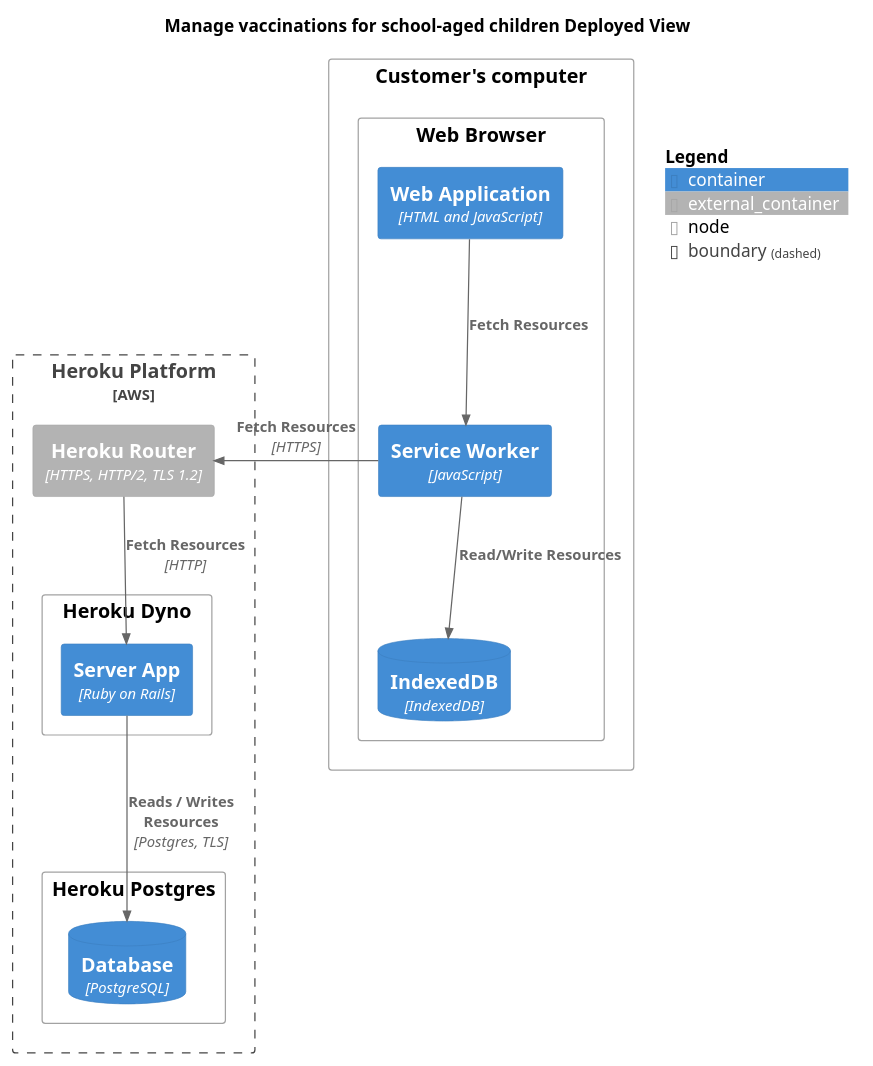
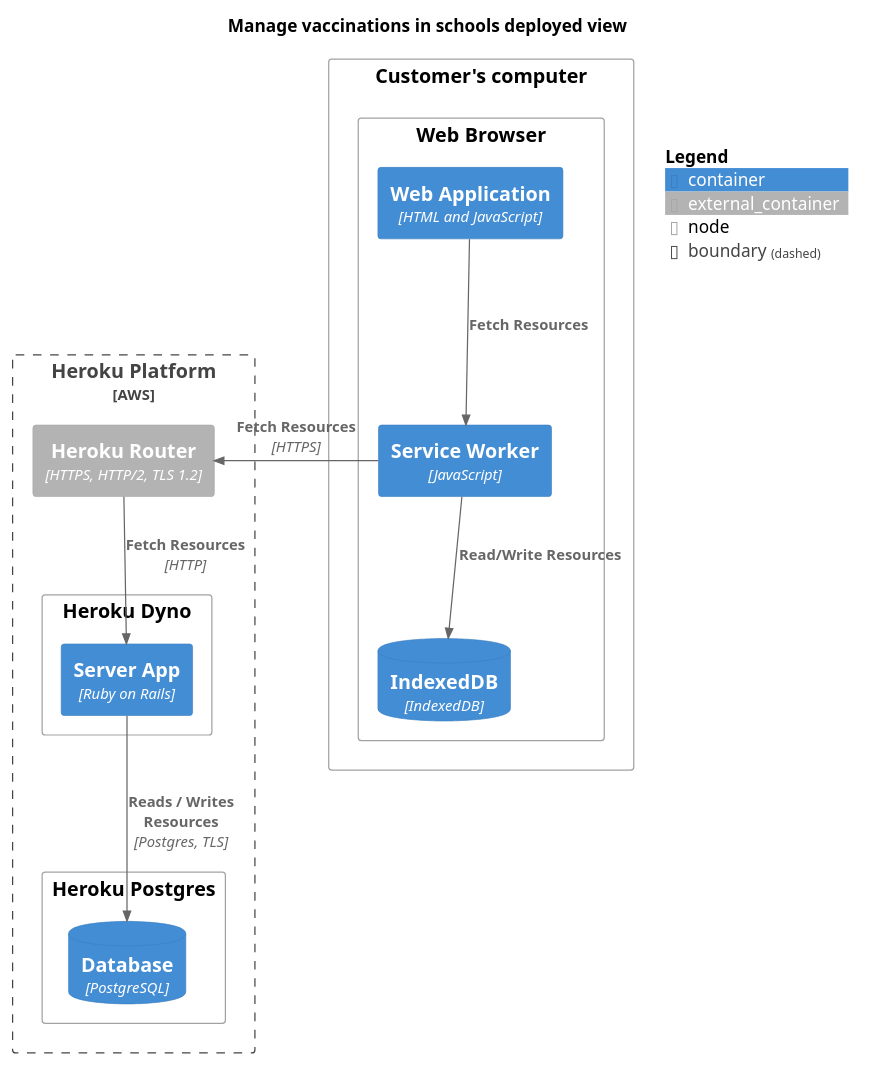
One commit to nhsuk/manage-vaccinations-in-schools changed the diagram in docs/diagrams/deployed-view.puml. Above: the diagram before and after it, drawn with PlantUML. The commit also changed 20 other files, not shown here.

```diff
--- a/docs/diagrams/deployed-view.puml
+++ b/docs/diagrams/deployed-view.puml
@@ -1,35 +1,35 @@
 @startuml
 
 !include <C4/C4_Deployment.puml>
 
-title "Manage vaccinations for school-aged children Deployed View"
+title "Manage vaccinations in schools deployed view"
 
 Boundary(heroku, "Heroku Platform", "AWS") {
     Container_Ext(router, "Heroku Router", "HTTPS, HTTP/2, TLS 1.2")
 
     Deployment_Node(dyno, "Heroku Dyno") {
         Container(server, "Server App", "Ruby on Rails")
     }
 
     Deployment_Node(herokuPostgres, "Heroku Postgres") {
         ContainerDb(db, "Database", "PostgreSQL")
     }
 }
 
 Deployment_Node(comp, "Customer's computer") {
     Deployment_Node(browser, "Web Browser") {
         Container(webapp, "Web Application", "HTML and JavaScript")
         Container(sw, "Service Worker", "JavaScript")
         ContainerDb(indexedb, "IndexedDB", "IndexedDB")
     }
 }
 
 Rel(router, server, "Fetch Resources", "HTTP")
 Rel(server, db, "Reads / Writes Resources", "Postgres, TLS")
 Rel_L(sw, router, "Fetch Resources", "HTTPS")
 Rel(webapp, sw, "Fetch Resources")
 Rel(sw, indexedb, "Read/Write Resources")
 
 SHOW_FLOATING_LEGEND()
 
 @enduml
```
